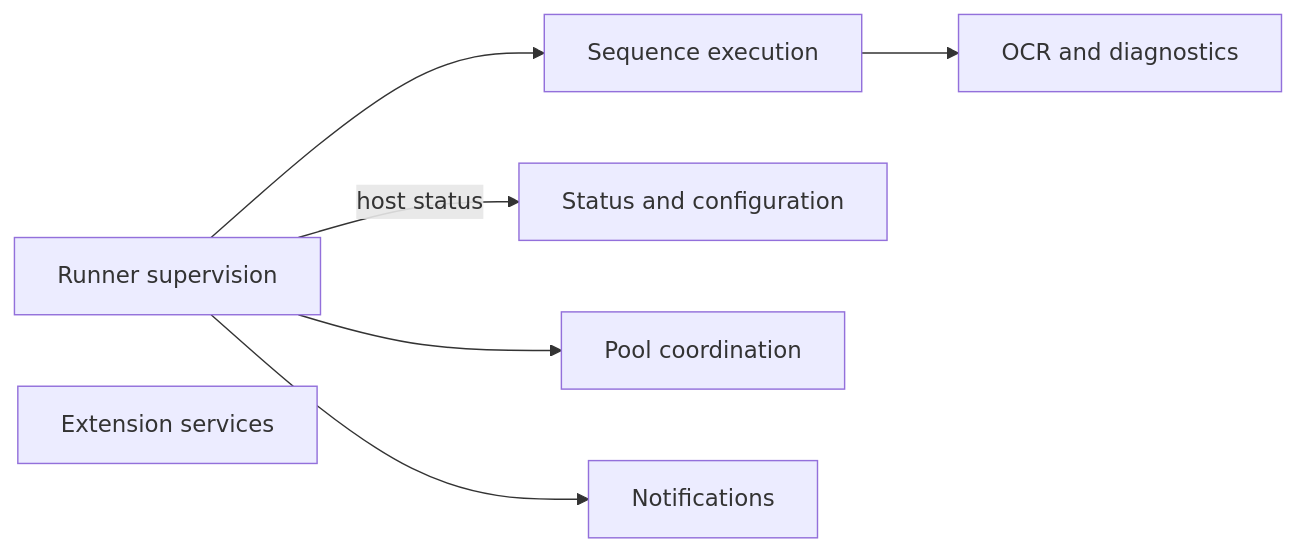
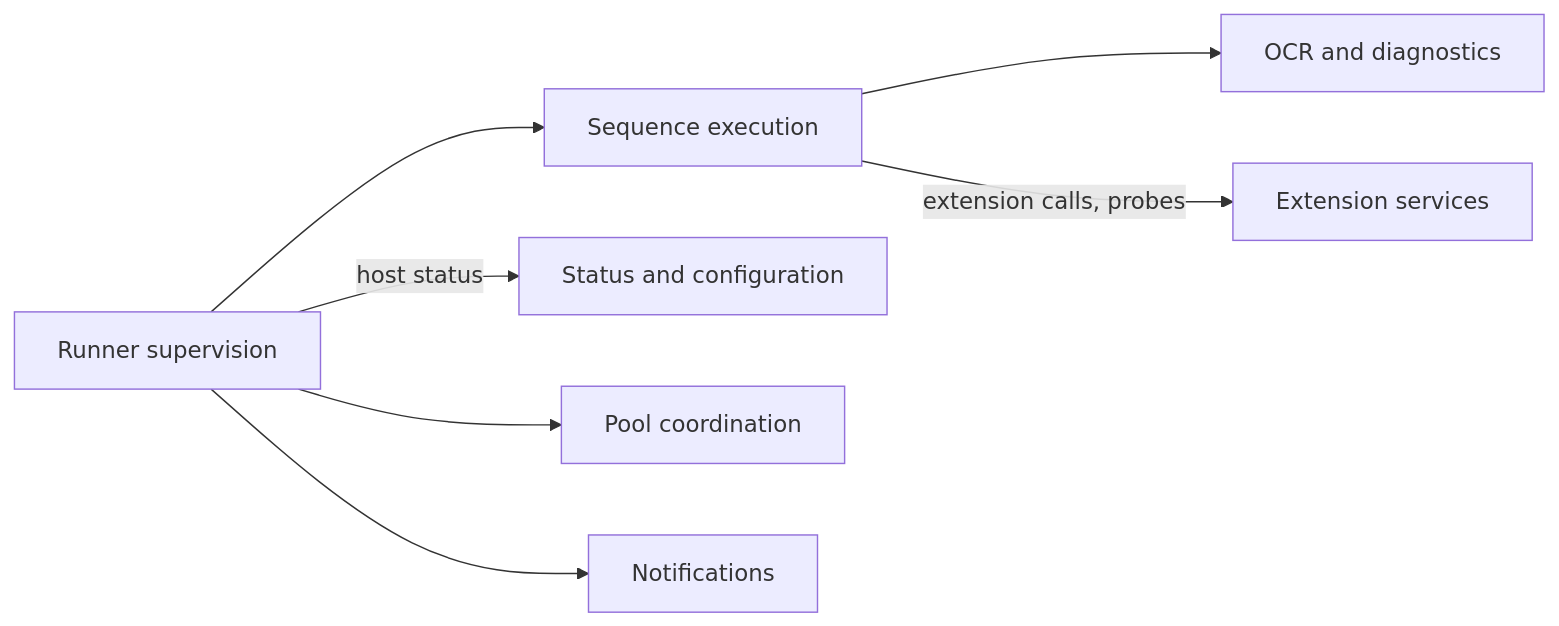
One commit to alissonsol/yuruna changed the third of 7 diagrams in docs/design/02-component-breakdown.md. Above: the diagram before and after it, drawn with Mermaid. The commit also changed other lines of this file and 1409 other files, not shown here.

````diff
--- a/docs/design/02-component-breakdown.md
+++ b/docs/design/02-component-breakdown.md
@@ -101,15 +114,16 @@
 ```mermaid
 flowchart LR
     start-test-runner-ps1["Runner supervision"]
     test-sequence-runner-psm1["Sequence execution"]
     test-ocr-engine-psm1["OCR and diagnostics"]
     start-status-service-ps1["Status and configuration"]
     test-pool["Pool coordination"]
     test-extension["Extension services"]
     test-notify-psm1["Notifications"]
     start-test-runner-ps1 --> test-sequence-runner-psm1
     test-sequence-runner-psm1 --> test-ocr-engine-psm1
     start-test-runner-ps1 -->|host status| start-status-service-ps1
     start-test-runner-ps1 --> test-pool
     start-test-runner-ps1 --> test-notify-psm1
+    test-sequence-runner-psm1 -->|extension calls, probes| test-extension
 ```
````
